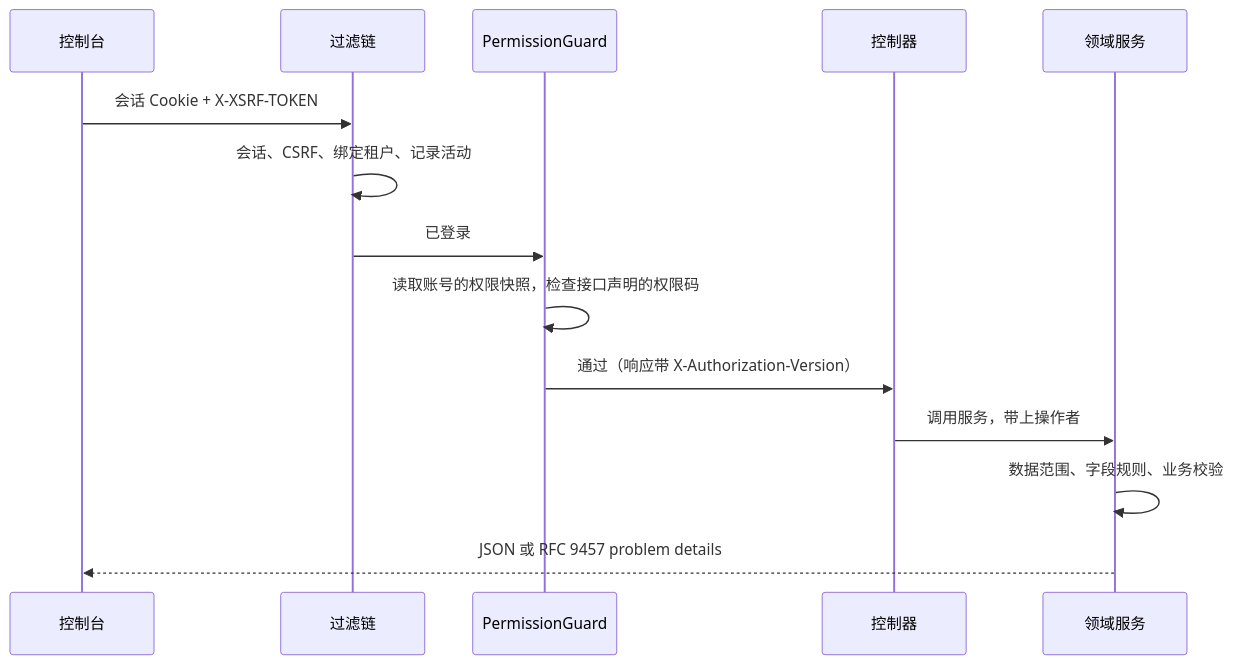
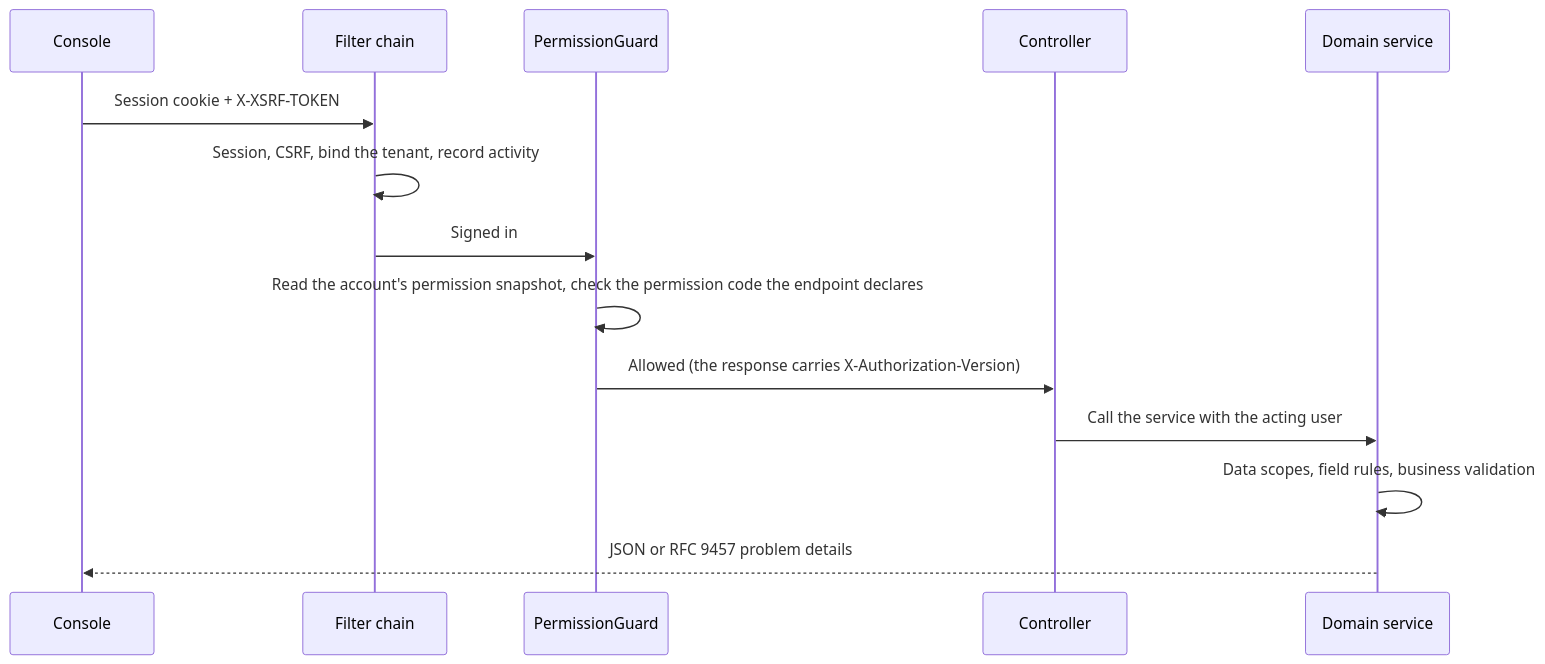
The second of 2 diagrams in docs/content/en/architecture/overview.md (devlive-community/grantforge), drawn with Mermaid before and after one commit. The commit also changed 103 other files, not shown here.

````diff
--- a/docs/content/en/architecture/overview.md
+++ b/docs/content/en/architecture/overview.md
@@ -60,16 +60,16 @@
 ```mermaid
 sequenceDiagram
-  participant B as 控制台
-  participant F as 过滤链
+  participant B as Console
+  participant F as Filter chain
   participant G as PermissionGuard
-  participant C as 控制器
-  participant S as 领域服务
-  B->>F: 会话 Cookie + X-XSRF-TOKEN
-  F->>F: 会话、CSRF、绑定租户、记录活动
-  F->>G: 已登录
-  G->>G: 读取账号的权限快照，检查接口声明的权限码
-  G->>C: 通过（响应带 X-Authorization-Version）
-  C->>S: 调用服务，带上操作者
-  S->>S: 数据范围、字段规则、业务校验
-  S-->>B: JSON 或 RFC 9457 problem details
+  participant C as Controller
+  participant S as Domain service
+  B->>F: Session cookie + X-XSRF-TOKEN
+  F->>F: Session, CSRF, bind the tenant, record activity
+  F->>G: Signed in
+  G->>G: Read the account's permission snapshot, check the permission code the endpoint declares
+  G->>C: Allowed (the response carries X-Authorization-Version)
+  C->>S: Call the service with the acting user
+  S->>S: Data scopes, field rules, business validation
+  S-->>B: JSON or RFC 9457 problem details
 ```
````
